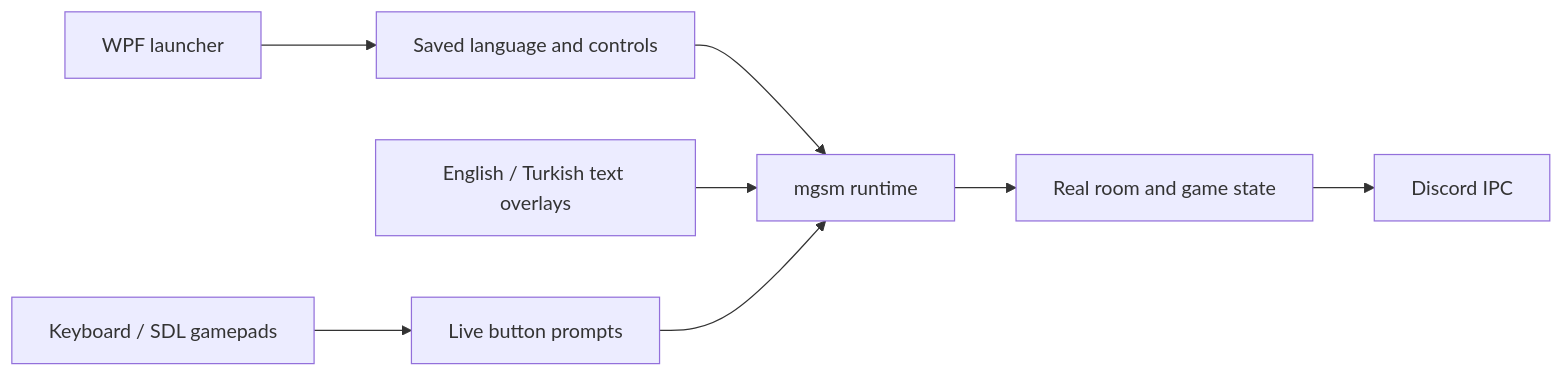
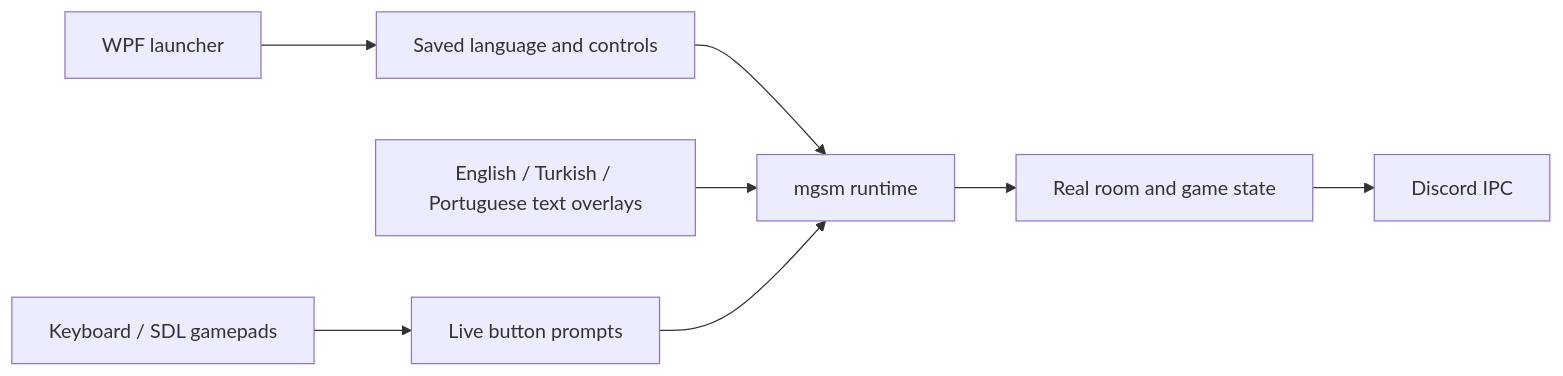
Before and after one commit to TheAti1/metal-gear-solid-mobile-patriots: the diagram in README.md, drawn with Mermaid. The commit also changed other lines of this file and 28 other files, not shown here.

````diff
--- a/README.md
+++ b/README.md
@@ -83,10 +83,10 @@
 ```mermaid
 flowchart LR
     A[WPF launcher] --> B[Saved language and controls]
     B --> C[mgsm runtime]
-    D[English / Turkish text overlays] --> C
+    D[English / Turkish / Portuguese text overlays] --> C
     E[Keyboard / SDL gamepads] --> F[Live button prompts]
     F --> C
     C --> G[Real room and game state]
     G --> H[Discord IPC]
 ```
````
